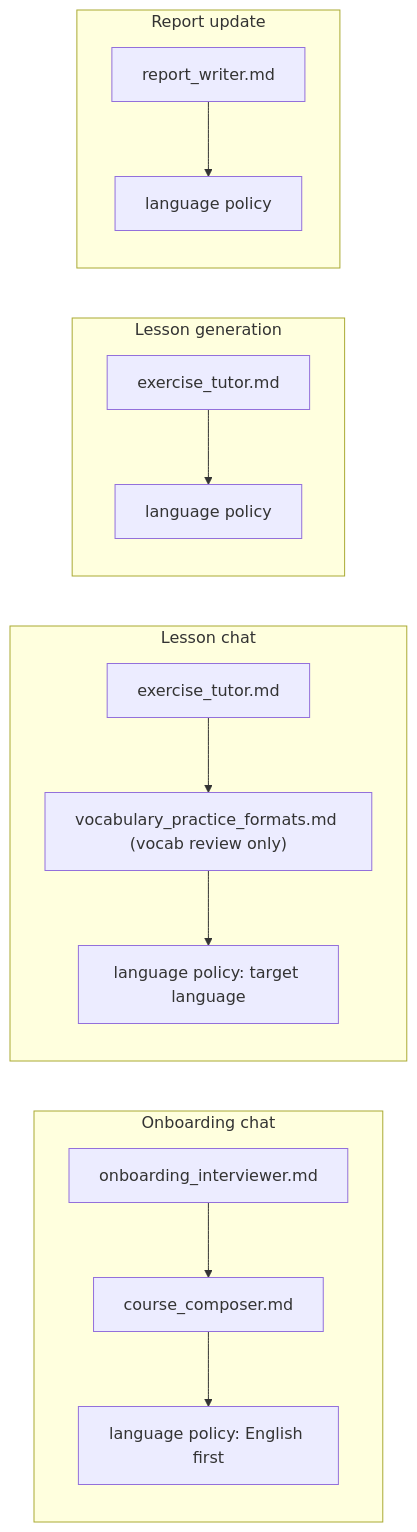
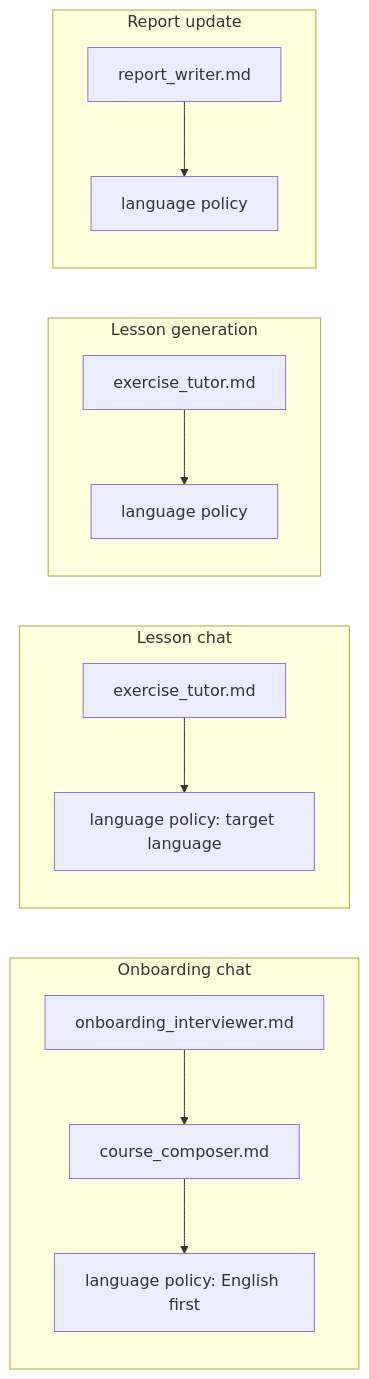
One commit to paulpolz/lingua-coach changed the diagram in docs/tech_requirements/ai-api.md. Above: the diagram before and after it, drawn with Mermaid. The commit also changed other lines of this file and 46 other files, not shown here.

````diff
--- a/docs/tech_requirements/ai-api.md
+++ b/docs/tech_requirements/ai-api.md
@@ -31,15 +31,15 @@
 ```mermaid
 flowchart LR
   subgraph onboarding [Onboarding chat]
     o1[onboarding_interviewer.md] --> o2[course_composer.md] --> o4[language policy: English first]
   end
   subgraph lesson [Lesson chat]
-    l1[exercise_tutor.md] --> l2["vocabulary_practice_formats.md (vocab review only)"] --> l4[language policy: target language]
+    l1[exercise_tutor.md] --> l4[language policy: target language]
   end
   subgraph gen [Lesson generation]
     g1[exercise_tutor.md] --> g3[language policy]
   end
   subgraph rep [Report update]
     r1[report_writer.md] --> r3[language policy]
   end
 ```
````
